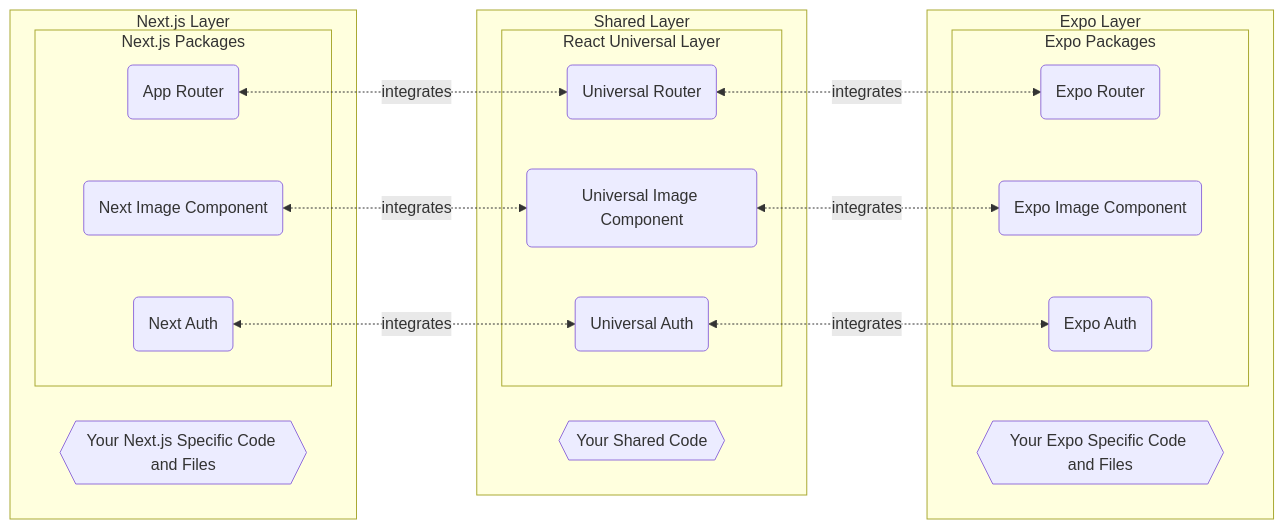
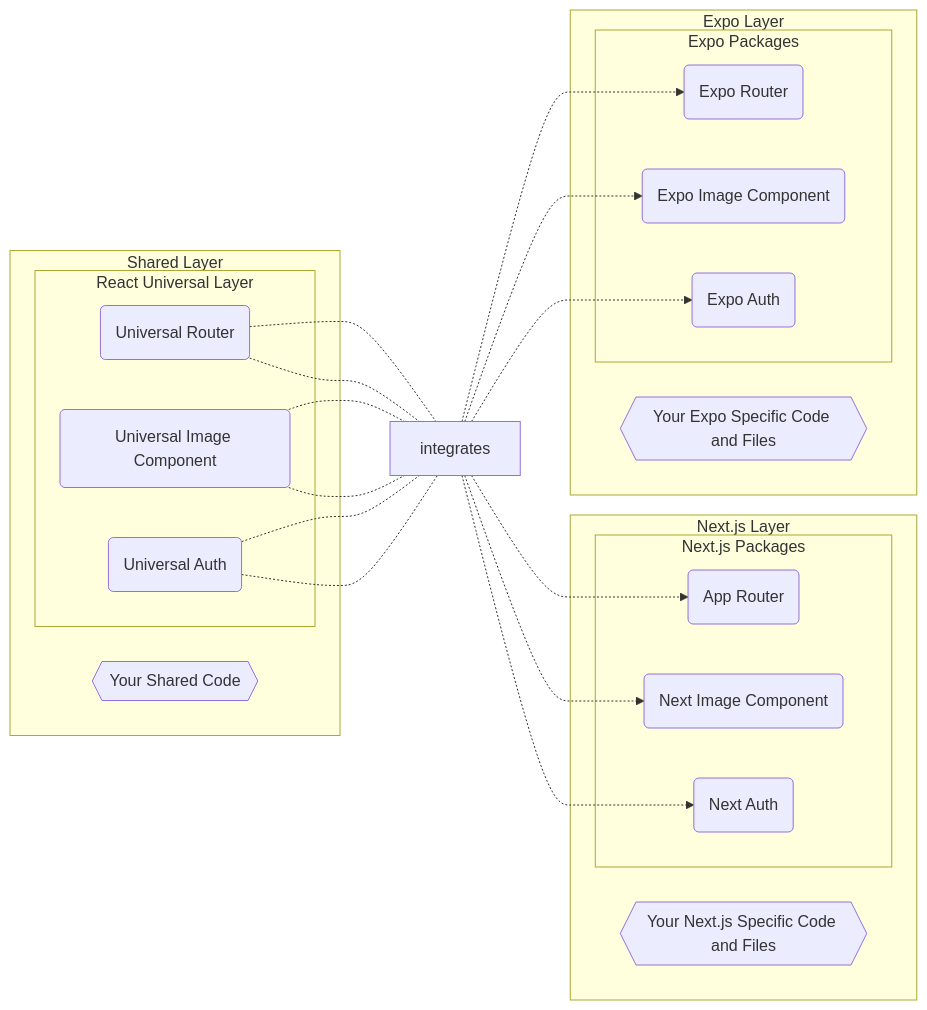
One commit to gloredo/react-blend changed the diagram in README.md. Above: the diagram before and after it, drawn with Mermaid.

````diff
--- a/README.md
+++ b/README.md
@@ -43,49 +43,52 @@
 ```mermaid
 graph LR
 
 next-specific{{Your Next.js Specific Code and Files}}
 app-router(App Router)
 next-image(Next Image Component)
 next-auth(Next Auth)
 
 expo-specific{{Your Expo Specific Code and Files}}
 expo-router(Expo Router)
 expo-image(Expo Image Component)
 expo-auth(Expo Auth)
 
 shared-code{{Your Shared Code}}
 rul-router(Universal Router)    
 rul-image(Universal Image Component)    
 rul-auth(Universal Auth)
 
 subgraph Next.js Layer
     next-specific
     subgraph Next.js Packages
         app-router 
         next-image 
         next-auth
     end
 end
 
 subgraph Expo Layer
     expo-specific
     subgraph Expo Packages
         expo-router 
         expo-image
         expo-auth
     end
 end
 
 subgraph Shared Layer
     shared-code
     subgraph React Universal Layer
         rul-router 
         rul-image 
         rul-auth
     end 
 end
 
-app-router <-. integrates .-> rul-router <-. integrates .-> expo-router
-next-image <-. integrates .-> rul-image <-. integrates .-> expo-image
-next-auth <-. integrates .-> rul-auth <-. integrates .-> expo-auth
+rul-router .- integrates .-> app-router
+rul-router .- integrates .-> expo-router
+rul-image .- integrates .-> next-image
+rul-image .- integrates .-> expo-image
+rul-auth .- integrates .-> next-auth
+rul-auth .- integrates .-> expo-auth
 ```
````
